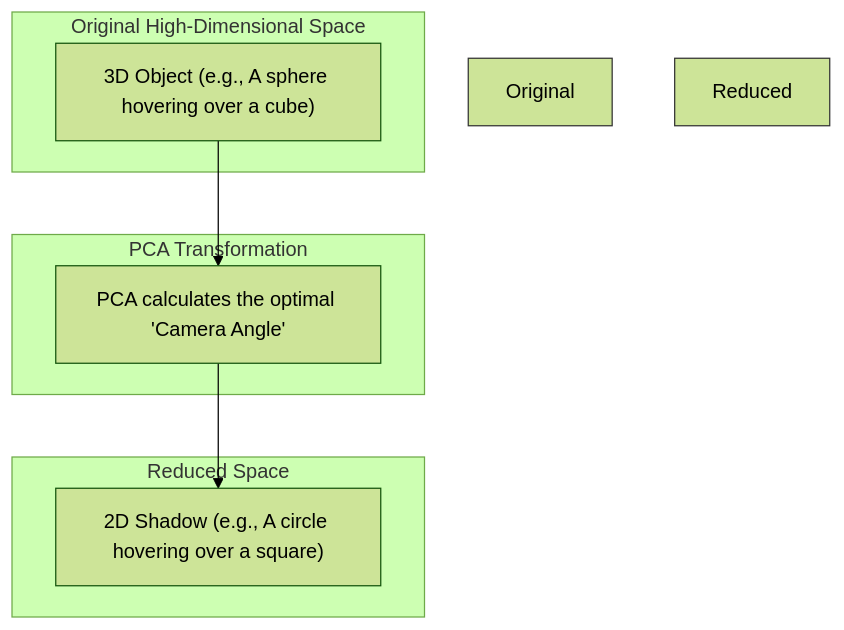
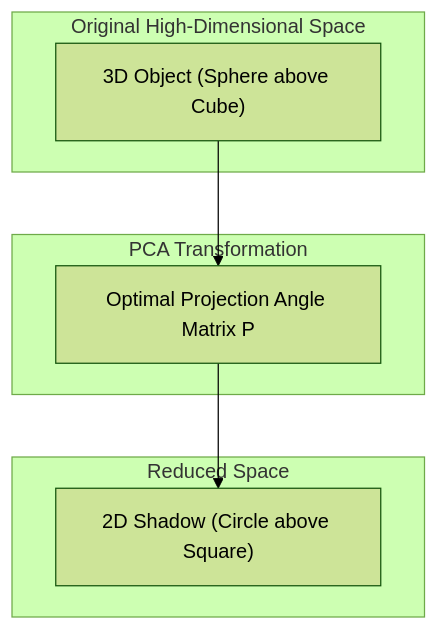
One commit to Nagaraj17/ai-learning-lab changed the diagram in topics/18 - MATH - Dimensionality Reduction and PCA.md. Above: the diagram before and after it, drawn with Mermaid (forest theme). The commit also changed 4 other files, not shown here.

````diff
--- a/topics/18 - MATH - Dimensionality Reduction and PCA.md
+++ b/topics/18 - MATH - Dimensionality Reduction and PCA.md
@@ -26,19 +26,16 @@
 ```mermaid
 graph TD
-    subgraph Original High-Dimensional Space
-    3D["3D Object (e.g., A sphere hovering over a cube)"]
+    subgraph SG1 ["Original High-Dimensional Space"]
+        D3["3D Object (Sphere above Cube)"]
     end
     
-    subgraph PCA Transformation
-    C["PCA calculates the optimal 'Camera Angle'"]
+    subgraph SG2 ["PCA Transformation"]
+        C["Optimal Projection Angle Matrix P"]
     end
     
-    subgraph Reduced Space
-    2D["2D Shadow (e.g., A circle hovering over a square)"]
+    subgraph SG3 ["Reduced Space"]
+        D2["2D Shadow (Circle above Square)"]
     end
     
-    3D --> C --> 2D
-    
-    style Original High-Dimensional Space fill:#f9f9f9,stroke:#333
-    style Reduced Space fill:#eef9ff,stroke:#333
+    D3 --> C --> D2
 ```
````
